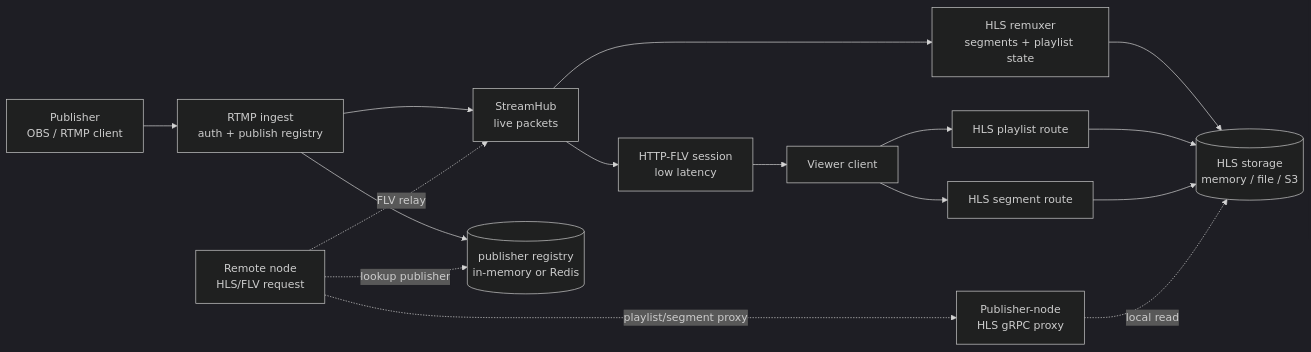
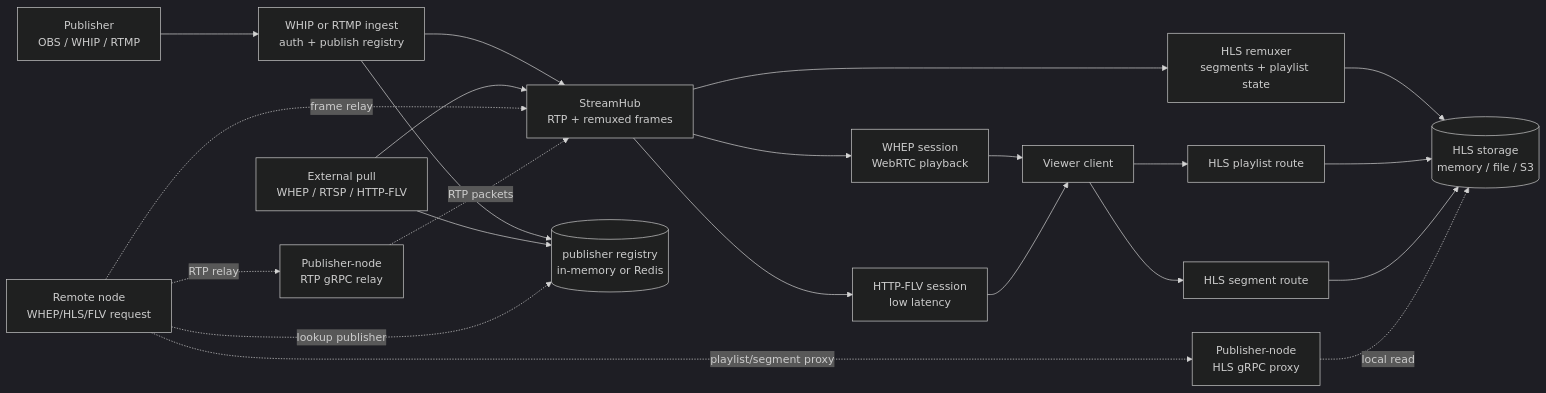
The diagram in docs/src/diagrams/livestream-pipeline.mmd (synctv-org/synctv), drawn with Mermaid (dark theme) before and after one commit. The commit also changed 94 other files, not shown here.

First line of the commit message:
feat(livestream): add WebRTC ingest and playback (#454)

```diff
--- a/docs/src/diagrams/livestream-pipeline.mmd
+++ b/docs/src/diagrams/livestream-pipeline.mmd
@@ -1,24 +1,32 @@
 flowchart LR
-  Publisher[Publisher<br/>OBS / RTMP client]
-  RTMP[RTMP ingest<br/>auth + publish registry]
-  Hub[StreamHub<br/>live packets]
+  Publisher[Publisher<br/>OBS / WHIP / RTMP]
+  Ingest[WHIP or RTMP ingest<br/>auth + publish registry]
+  External[External pull<br/>WHEP / RTSP / HTTP-FLV]
+  Hub[StreamHub<br/>RTP + remuxed frames]
+  WHEP[WHEP session<br/>WebRTC playback]
   FLV[HTTP-FLV session<br/>low latency]
   Remux[HLS remuxer<br/>segments + playlist state]
   Storage[(HLS storage<br/>memory / file / S3)]
   Playlist[HLS playlist route]
   Segment[HLS segment route]
   Viewer[Viewer client]
   Registry[(publisher registry<br/>in-memory or Redis)]
-  Remote[Remote node<br/>HLS/FLV request]
+  Remote[Remote node<br/>WHEP/HLS/FLV request]
+  RTPRelay[Publisher-node<br/>RTP gRPC relay]
   HLSProxy[Publisher-node<br/>HLS gRPC proxy]
 
-  Publisher --> RTMP --> Hub
-  RTMP --> Registry
+  Publisher --> Ingest --> Hub
+  External --> Hub
+  Ingest --> Registry
+  External --> Registry
+  Hub --> WHEP --> Viewer
   Hub --> FLV --> Viewer
   Hub --> Remux --> Storage
   Viewer --> Playlist --> Storage
   Viewer --> Segment --> Storage
   Remote -. lookup publisher .-> Registry
-  Remote -. FLV relay .-> Hub
+  Remote -. frame relay .-> Hub
+  Remote -. RTP relay .-> RTPRelay
+  RTPRelay -. RTP packets .-> Hub
   Remote -. playlist/segment proxy .-> HLSProxy
   HLSProxy -. local read .-> Storage
```
